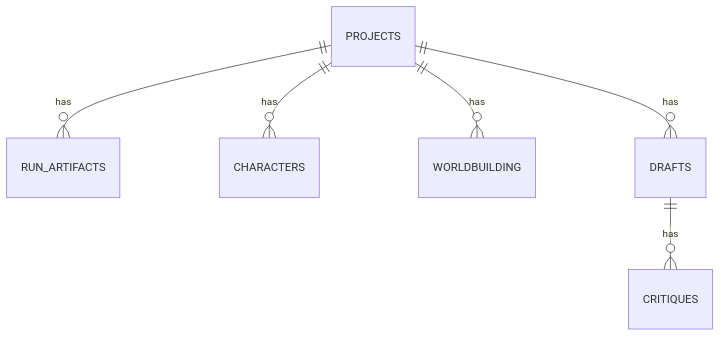
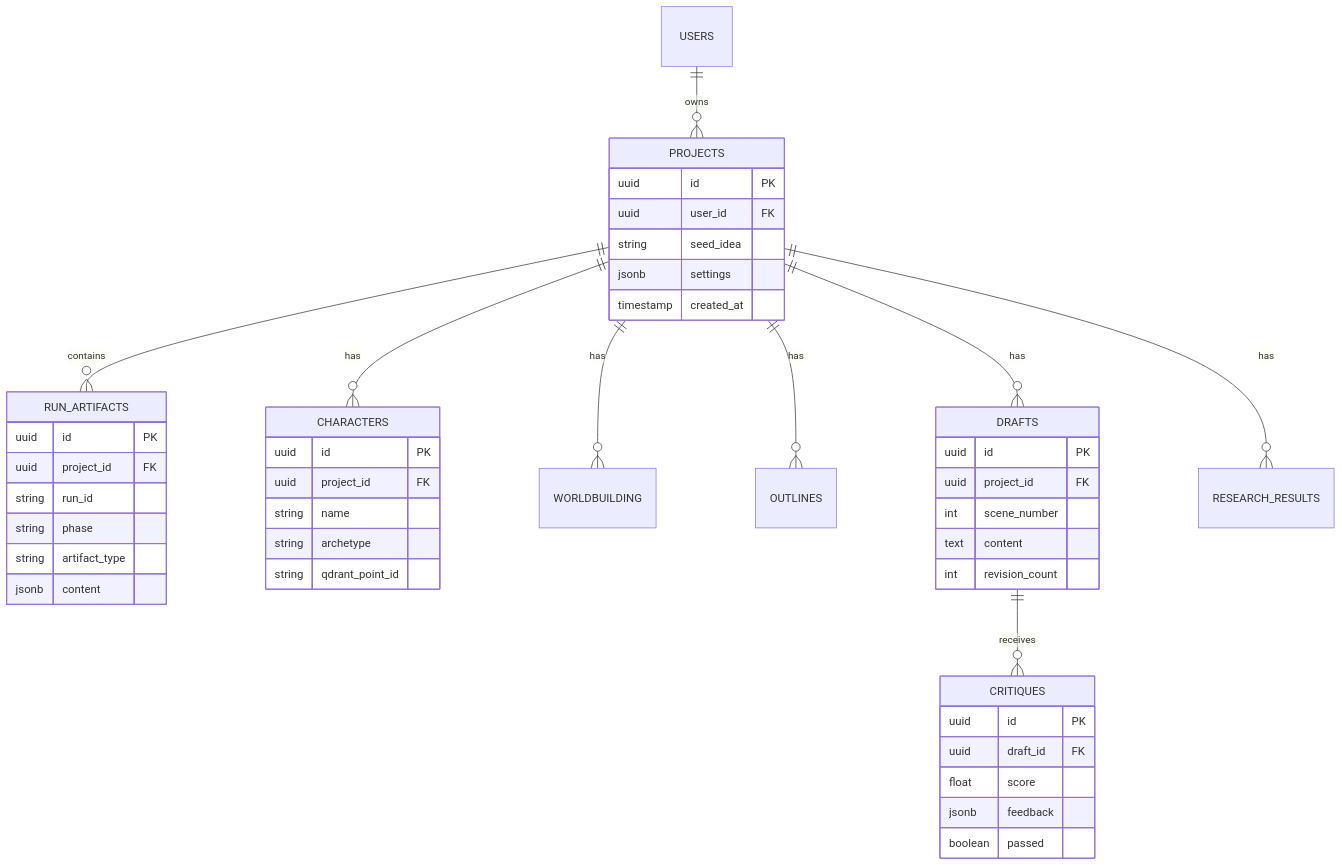
The fifth of 9 diagrams in README.md (IShalkin/manoe), drawn with Mermaid before and after one commit. The commit also changed other lines of this file, not shown here.

First line of the commit message:
feat: Enhance Mermaid diagrams with better styling and more detail

````diff
--- a/README.md
+++ b/README.md
@@ -201,8 +251,52 @@
 ```mermaid
 erDiagram
-    PROJECTS ||--o{ RUN_ARTIFACTS : has
+    USERS ||--o{ PROJECTS : owns
+    PROJECTS ||--o{ RUN_ARTIFACTS : contains
     PROJECTS ||--o{ CHARACTERS : has
     PROJECTS ||--o{ WORLDBUILDING : has
+    PROJECTS ||--o{ OUTLINES : has
     PROJECTS ||--o{ DRAFTS : has
-    DRAFTS ||--o{ CRITIQUES : has
+    PROJECTS ||--o{ RESEARCH_RESULTS : has
+    DRAFTS ||--o{ CRITIQUES : receives
+    
+    PROJECTS {
+        uuid id PK
+        uuid user_id FK
+        string seed_idea
+        jsonb settings
+        timestamp created_at
+    }
+    
+    RUN_ARTIFACTS {
+        uuid id PK
+        uuid project_id FK
+        string run_id
+        string phase
+        string artifact_type
+        jsonb content
+    }
+    
+    CHARACTERS {
+        uuid id PK
+        uuid project_id FK
+        string name
+        string archetype
+        string qdrant_point_id
+    }
+    
+    DRAFTS {
+        uuid id PK
+        uuid project_id FK
+        int scene_number
+        text content
+        int revision_count
+    }
+    
+    CRITIQUES {
+        uuid id PK
+        uuid draft_id FK
+        float score
+        jsonb feedback
+        boolean passed
+    }
 ```
````
